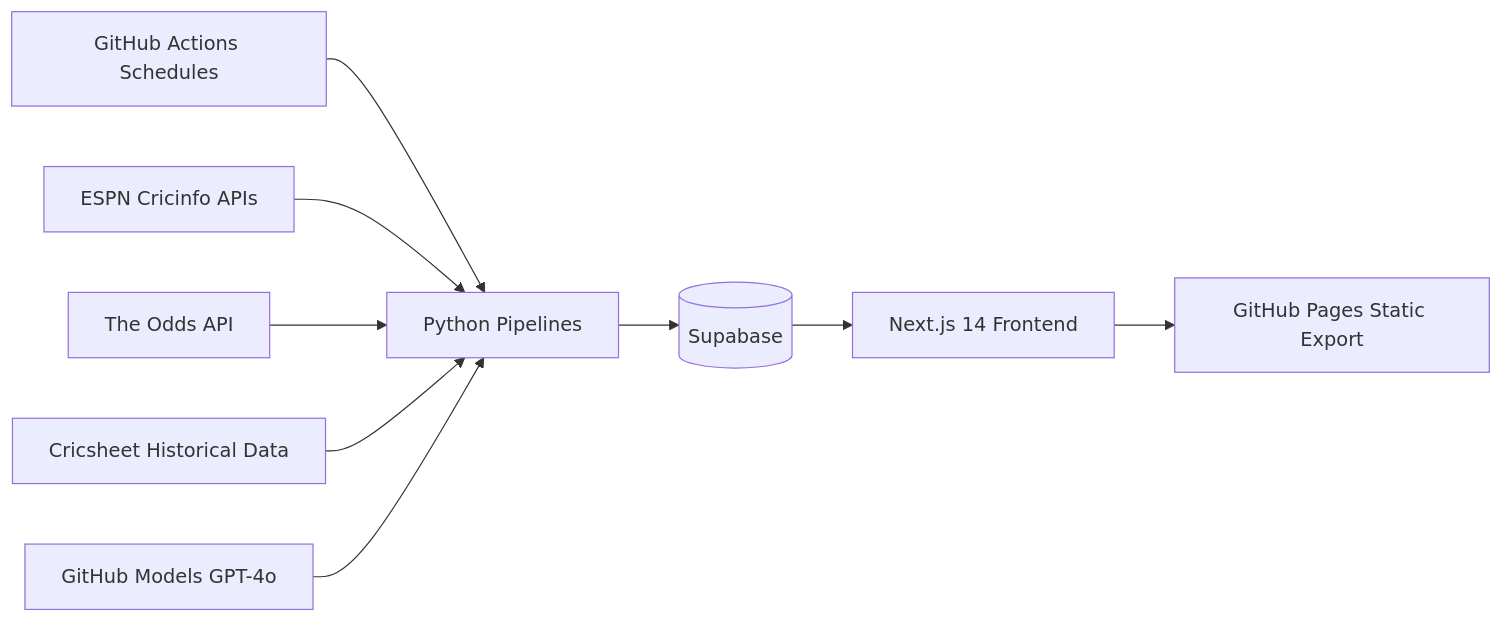
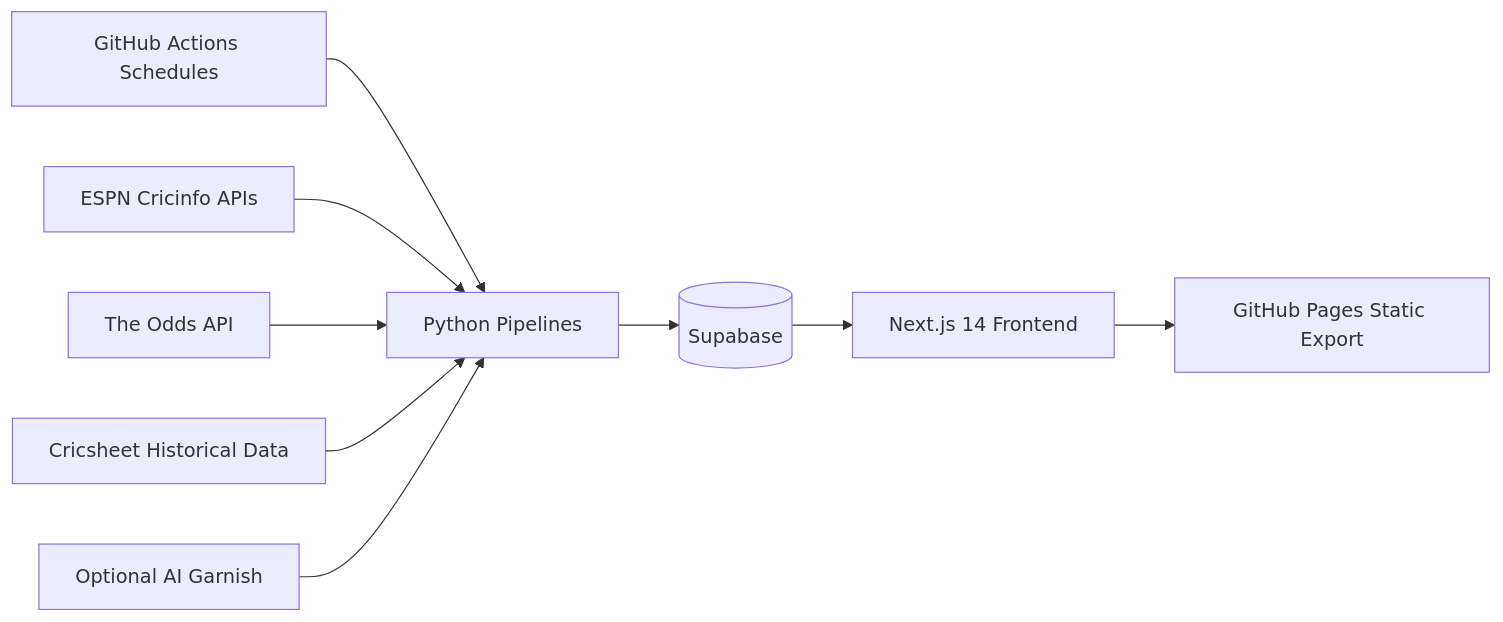
Before and after one commit to aman-deswal/cricket-predictor: the diagram in README.md, drawn with Mermaid. The commit also changed other lines of this file and 5 other files, not shown here.

````diff
--- a/README.md
+++ b/README.md
@@ -27,12 +27,12 @@
 ```mermaid
 flowchart LR
     A[GitHub Actions Schedules] --> B[Python Pipelines]
     B --> C[(Supabase)]
     C --> D[Next.js 14 Frontend]
     D --> E[GitHub Pages Static Export]
 
     G[ESPN Cricinfo APIs] --> B
     H[The Odds API] --> B
     I[Cricsheet Historical Data] --> B
-    J[GitHub Models GPT-4o] --> B
+    J[Optional AI Garnish] --> B
 ```
````
